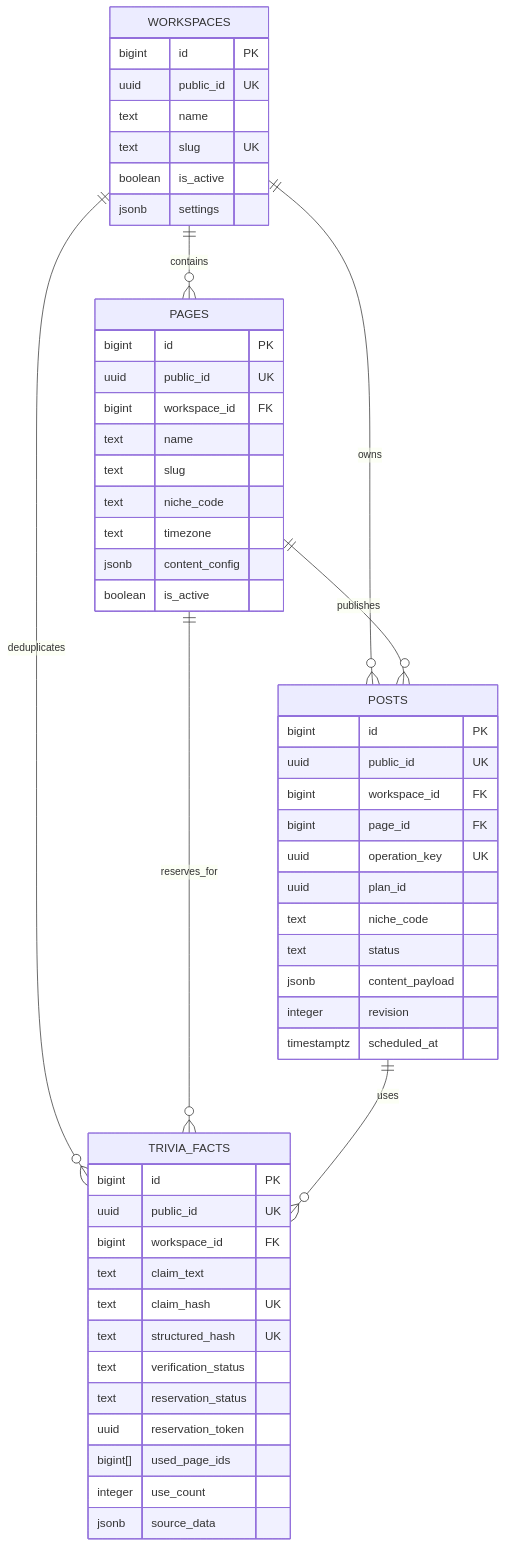
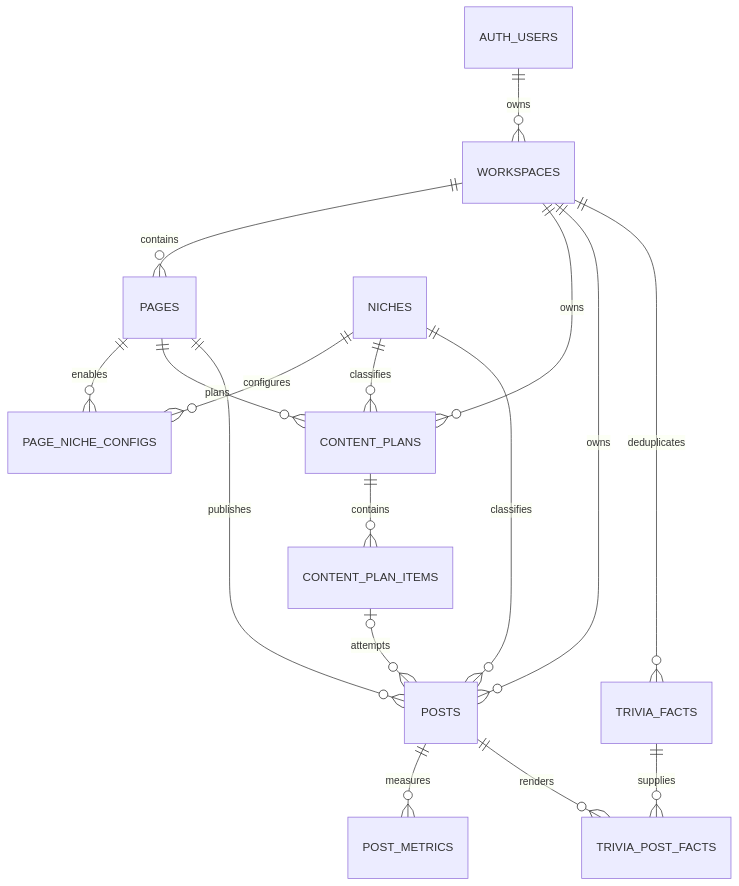
Before and after one commit to milyarderpro/content-producer: the diagram in plans/database-design.md, drawn with Mermaid. The commit also changed other lines of this file and 3 other files, not shown here.

````diff
--- a/plans/database-design.md
+++ b/plans/database-design.md
@@ -133,59 +137,23 @@
-```mermaid
+~~~mermaid
 erDiagram
+    AUTH_USERS ||--o{ WORKSPACES : owns
     WORKSPACES ||--o{ PAGES : contains
+    NICHES ||--o{ PAGE_NICHE_CONFIGS : configures
+    PAGES ||--o{ PAGE_NICHE_CONFIGS : enables
+
+    WORKSPACES ||--o{ CONTENT_PLANS : owns
+    PAGES ||--o{ CONTENT_PLANS : plans
+    NICHES ||--o{ CONTENT_PLANS : classifies
+    CONTENT_PLANS ||--o{ CONTENT_PLAN_ITEMS : contains
+
     WORKSPACES ||--o{ POSTS : owns
+    PAGES ||--o{ POSTS : publishes
+    NICHES ||--o{ POSTS : classifies
+    CONTENT_PLAN_ITEMS o|--o{ POSTS : attempts
+
+    POSTS ||--o{ POST_METRICS : measures
+
     WORKSPACES ||--o{ TRIVIA_FACTS : deduplicates
-    PAGES ||--o{ POSTS : publishes
-    PAGES ||--o{ TRIVIA_FACTS : reserves_for
-    POSTS ||--o{ TRIVIA_FACTS : uses
-
-    WORKSPACES {
-        bigint id PK
-        uuid public_id UK
-        text name
-        text slug UK
-        boolean is_active
-        jsonb settings
-    }
-
-    PAGES {
-        bigint id PK
-        uuid public_id UK
-        bigint workspace_id FK
-        text name
-        text slug
-        text niche_code
-        text timezone
-        jsonb content_config
-        boolean is_active
-    }
-
-    POSTS {
-        bigint id PK
-        uuid public_id UK
-        bigint workspace_id FK
-        bigint page_id FK
-        uuid operation_key UK
-        uuid plan_id
-        text niche_code
-        text status
-        jsonb content_payload
-        integer revision
-        timestamptz scheduled_at
-    }
-
-    TRIVIA_FACTS {
-        bigint id PK
-        uuid public_id UK
-        bigint workspace_id FK
-        text claim_text
-        text claim_hash UK
-        text structured_hash UK
-        text verification_status
-        text reservation_status
-        uuid reservation_token
-        bigint[] used_page_ids
-        integer use_count
-        jsonb source_data
-    }
-```
+    POSTS ||--o{ TRIVIA_POST_FACTS : renders
+    TRIVIA_FACTS ||--o{ TRIVIA_POST_FACTS : supplies
+~~~
````
